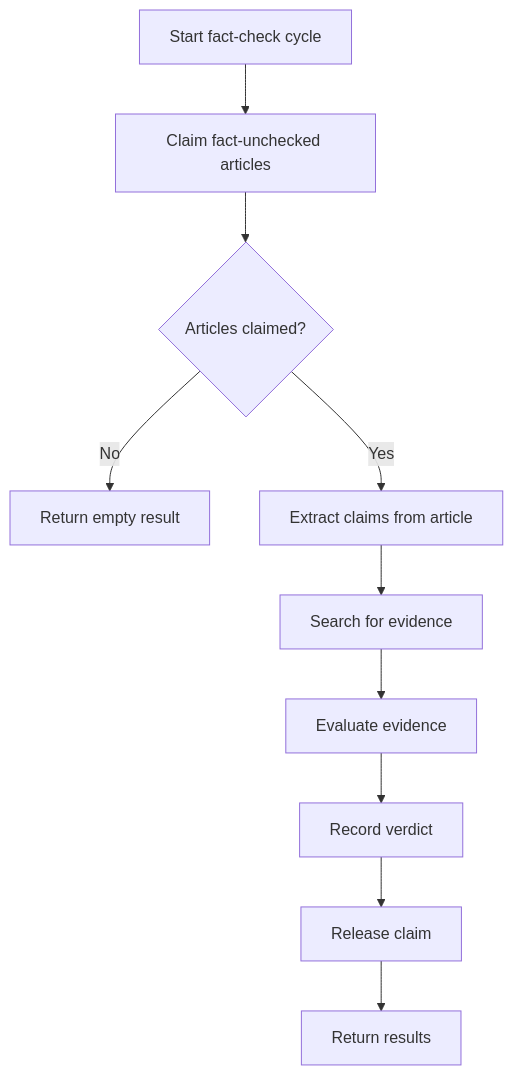
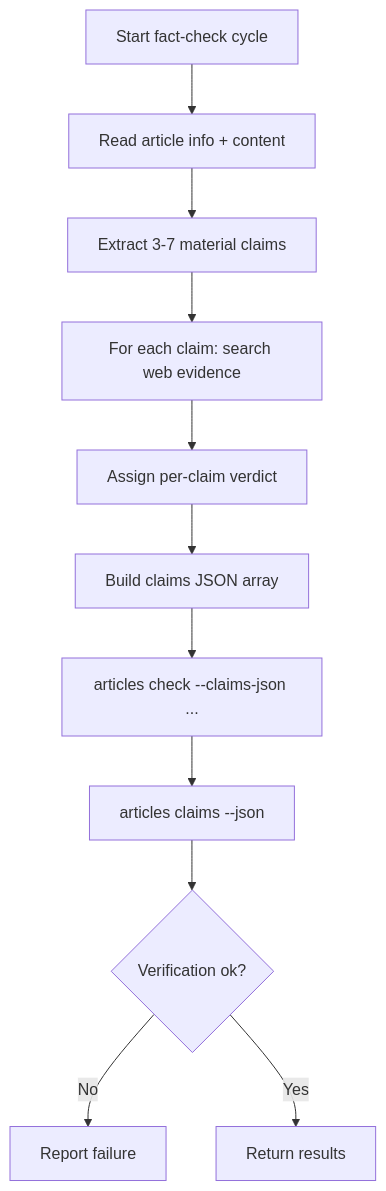
Before and after one commit to malvavisc0/news48: the diagram in agents/skills/fact_checker/business-logic.md, drawn with Mermaid. The commit also changed other lines of this file and 18 other files, not shown here.

````diff
--- a/agents/skills/fact_checker/business-logic.md
+++ b/agents/skills/fact_checker/business-logic.md
@@ -5,12 +5,13 @@
 ```mermaid
 flowchart TD
-    A[Start fact-check cycle] --> B[Claim fact-unchecked articles]
-    B --> C{Articles claimed?}
-    C -->|No| D[Return empty result]
-    C -->|Yes| E[Extract claims from article]
-    E --> F[Search for evidence]
-    F --> G[Evaluate evidence]
-    G --> H[Record verdict]
-    H --> I[Release claim]
-    I --> J[Return results]
+    A[Start fact-check cycle] --> B[Read article info + content]
+    B --> C[Extract 3-7 material claims]
+    C --> D[For each claim: search web evidence]
+    D --> E[Assign per-claim verdict]
+    E --> F[Build claims JSON array]
+    F --> G[articles check --claims-json ...]
+    G --> H[articles claims <id> --json]
+    H --> I{Verification ok?}
+    I -->|No| J[Report failure]
+    I -->|Yes| K[Return results]
 ```
````
